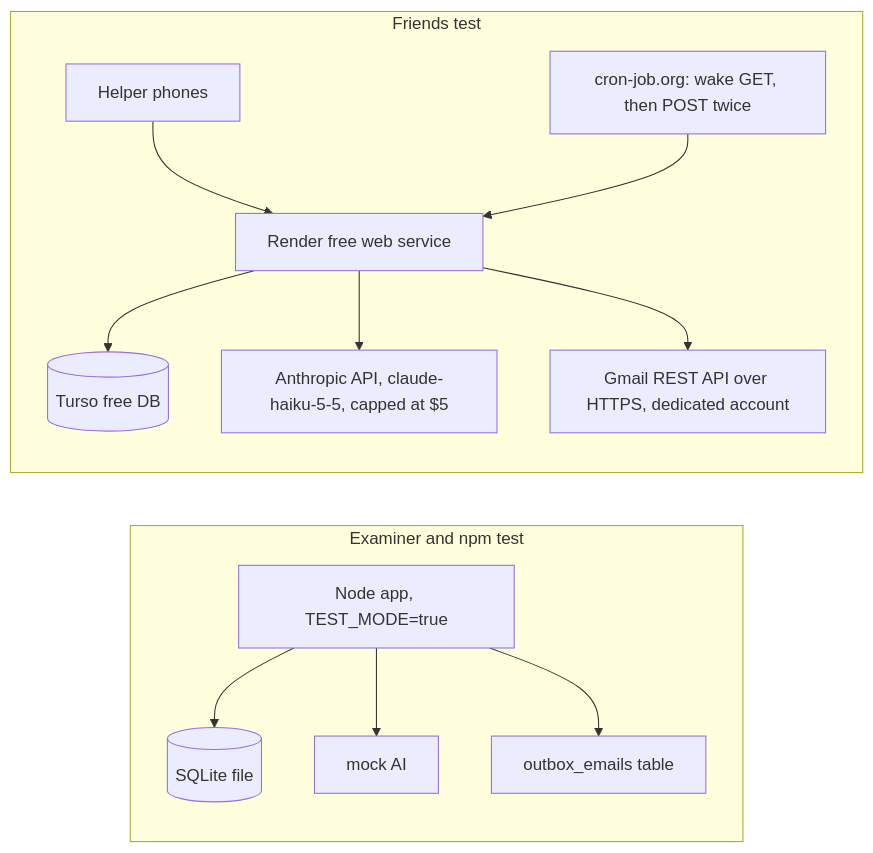
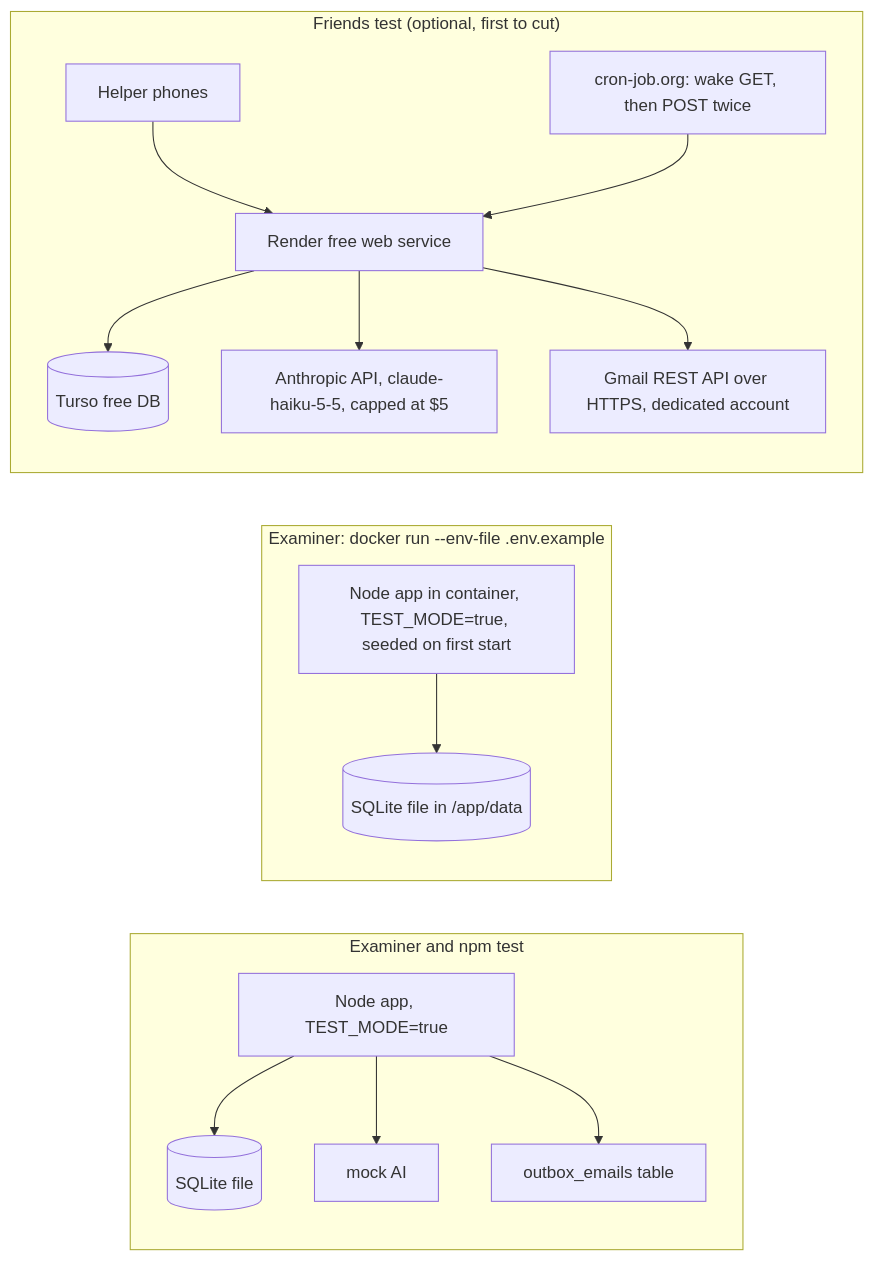
The third of 3 diagrams in .docs/planning-artifacts/architecture/architecture-MasterPlan-2026-10-24/ARCHITECTURE-SPINE.md (IBE160-2026/G30-dons), drawn with Mermaid before and after one commit. The commit also changed other lines of this file and 5 other files, not shown here.

First line of the commit message:
docs: add Docker delivery requirement and make hosting optional

````diff
--- a/.docs/planning-artifacts/architecture/architecture-MasterPlan-2026-10-24/ARCHITECTURE-SPINE.md
+++ b/.docs/planning-artifacts/architecture/architecture-MasterPlan-2026-10-24/ARCHITECTURE-SPINE.md
@@ -330,15 +346,18 @@
 ```mermaid
 flowchart LR
   subgraph Local["Examiner and npm test"]
     appL["Node app, TEST_MODE=true"] --> fileDb[("SQLite file")]
     appL --> mock["mock AI"]
     appL --> outbox["outbox_emails table"]
   end
-  subgraph Deployed["Friends test"]
+  subgraph Docker["Examiner: docker run --env-file .env.example"]
+    appD["Node app in container, TEST_MODE=true, seeded on first start"] --> fileDbD[("SQLite file in /app/data")]
+  end
+  subgraph Deployed["Friends test (optional, first to cut)"]
     phone["Helper phones"] --> render["Render free web service"]
     cron["cron-job.org: wake GET, then POST twice"] --> render
     render --> turso[("Turso free DB")]
     render --> claude["Anthropic API, claude-haiku-5-5, capped at $5"]
     render --> mailT["Gmail REST API over HTTPS, dedicated account"]
   end
 ```
````
